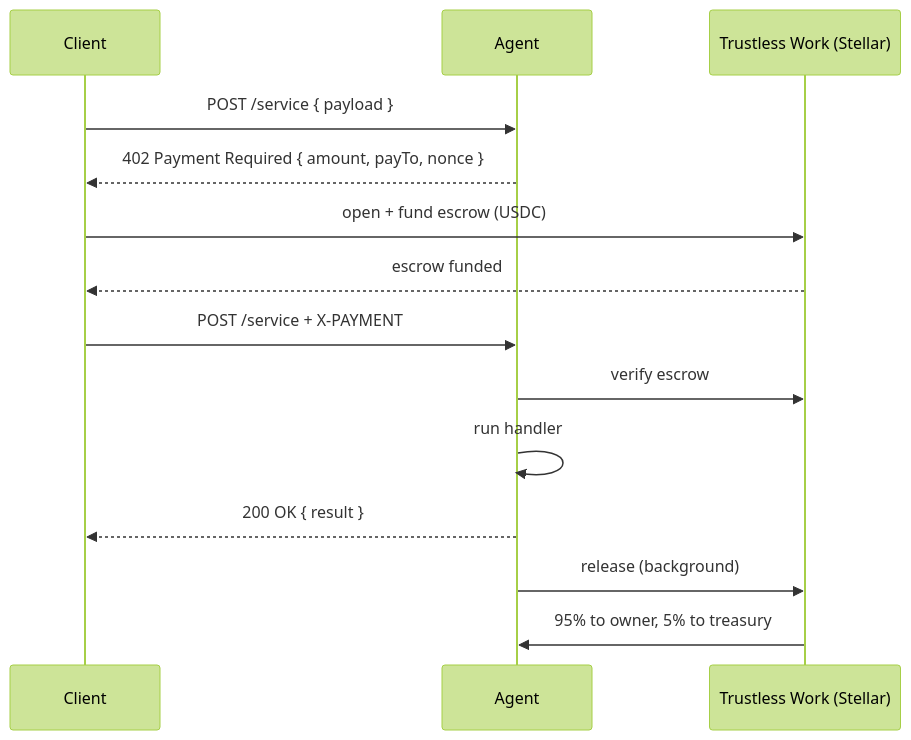
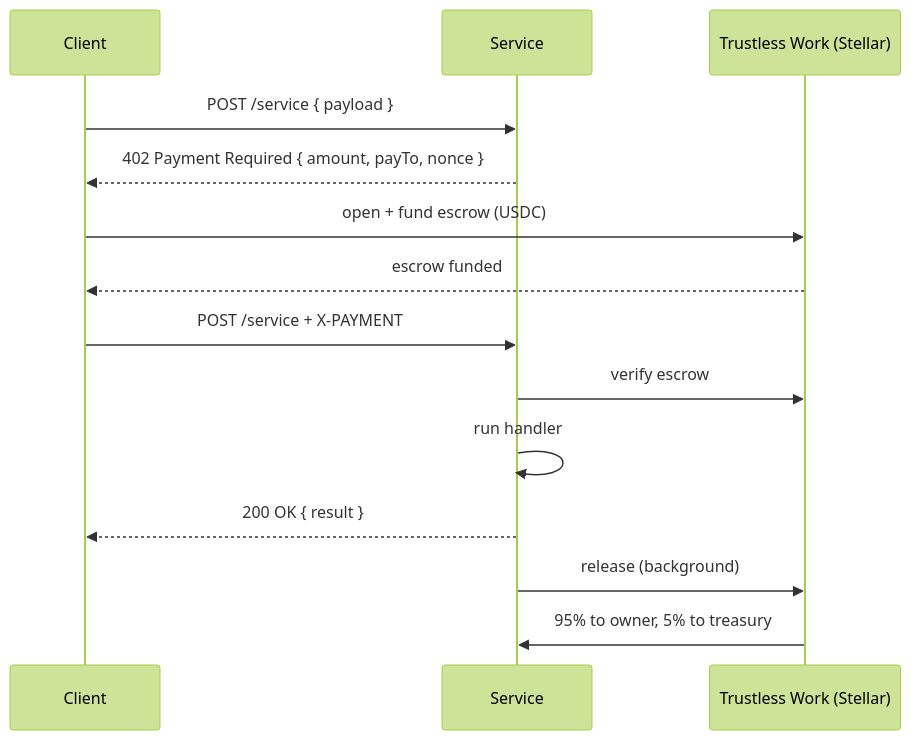
Before and after one commit to CoKeFish/kiba: the second of 2 diagrams in README.md, drawn with Mermaid (forest theme). The commit also changed other lines of this file and 18 other files, not shown here.

````diff
--- a/README.md
+++ b/README.md
@@ -100,17 +100,17 @@
 ```mermaid
 sequenceDiagram
     participant C as Client
-    participant A as Agent
+    participant A as Service
     participant TW as Trustless Work (Stellar)
 
     C->>A: POST /service { payload }
     A-->>C: 402 Payment Required { amount, payTo, nonce }
     C->>TW: open + fund escrow (USDC)
     TW-->>C: escrow funded
     C->>A: POST /service + X-PAYMENT
     A->>TW: verify escrow
     A->>A: run handler
     A-->>C: 200 OK { result }
     A->>TW: release (background)
     TW->>A: 95% to owner, 5% to treasury
 ```
````
